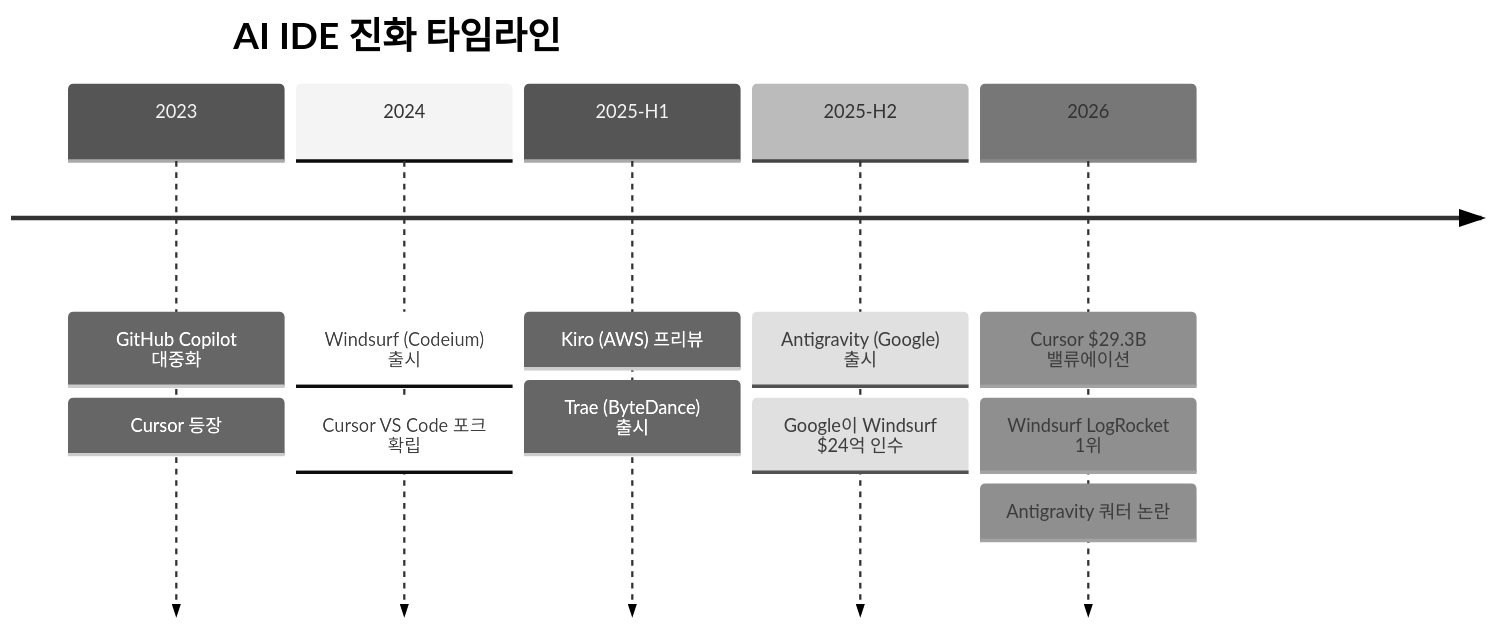
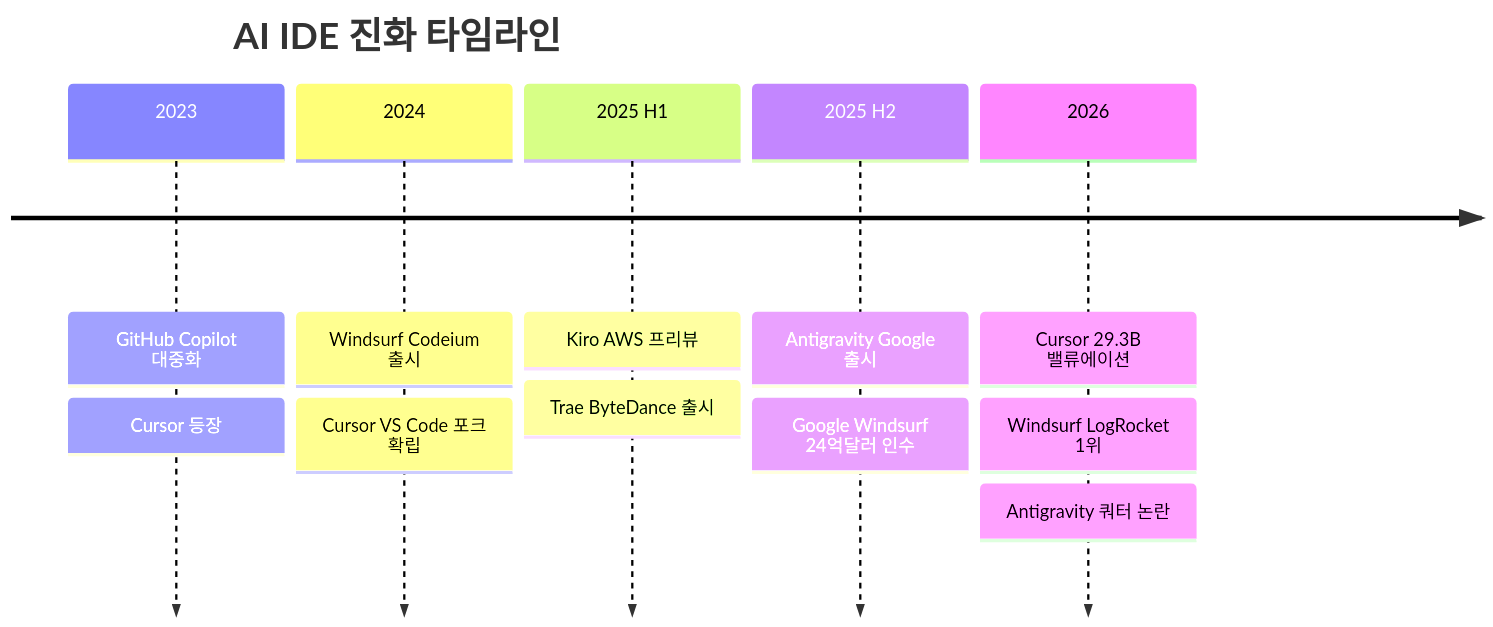
Before and after one commit to stophobia/ai-whatchelin: the seventh of 13 diagrams in README.md, drawn with Mermaid. The commit also changed other lines of this file, not shown here.

````diff
--- a/README.md
+++ b/README.md
@@ -212,16 +236,16 @@
 ```mermaid
-%%{init: {'theme': 'neutral'}}%%
+%%{init: {'theme': 'default'}}%%
 timeline
     title AI IDE 진화 타임라인
     2023 : GitHub Copilot 대중화
          : Cursor 등장
-    2024 : Windsurf (Codeium) 출시
+    2024 : Windsurf Codeium 출시
          : Cursor VS Code 포크 확립
-    2025-H1 : Kiro (AWS) 프리뷰
-            : Trae (ByteDance) 출시
-    2025-H2 : Antigravity (Google) 출시
-            : Google이 Windsurf $24억 인수
-    2026 : Cursor $29.3B 밸류에이션
+    2025 H1 : Kiro AWS 프리뷰
+            : Trae ByteDance 출시
+    2025 H2 : Antigravity Google 출시
+            : Google Windsurf 24억달러 인수
+    2026 : Cursor 29.3B 밸류에이션
          : Windsurf LogRocket 1위
          : Antigravity 쿼터 논란
 ```
````
